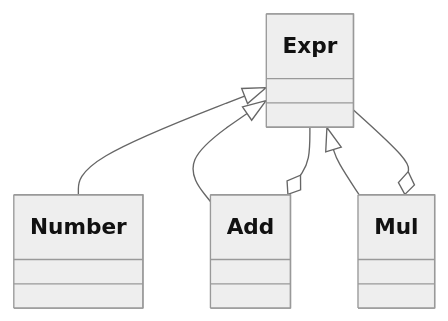
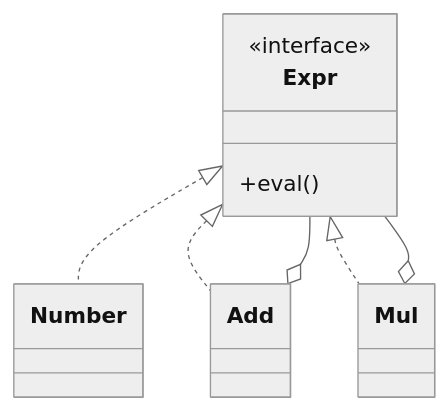
One commit to remideboer/pys changed the second of 2 diagrams in examples/design_patterns/behavioral/interpreter.md. Above: the diagram before and after it, drawn with Mermaid (neutral theme). The commit also changed 23 other files, not shown here.

````diff
--- a/examples/design_patterns/behavioral/interpreter.md
+++ b/examples/design_patterns/behavioral/interpreter.md
@@ -33,12 +33,15 @@
 ```mermaid
 classDiagram
-    class Expr
+    class Expr {
+        <<interface>>
+        +eval()
+    }
     class Number
     class Add
     class Mul
-    Expr <|-- Number
-    Expr <|-- Add
-    Expr <|-- Mul
+    Expr <|.. Number
+    Expr <|.. Add
+    Expr <|.. Mul
     Add o-- Expr
     Mul o-- Expr
 ```
````
